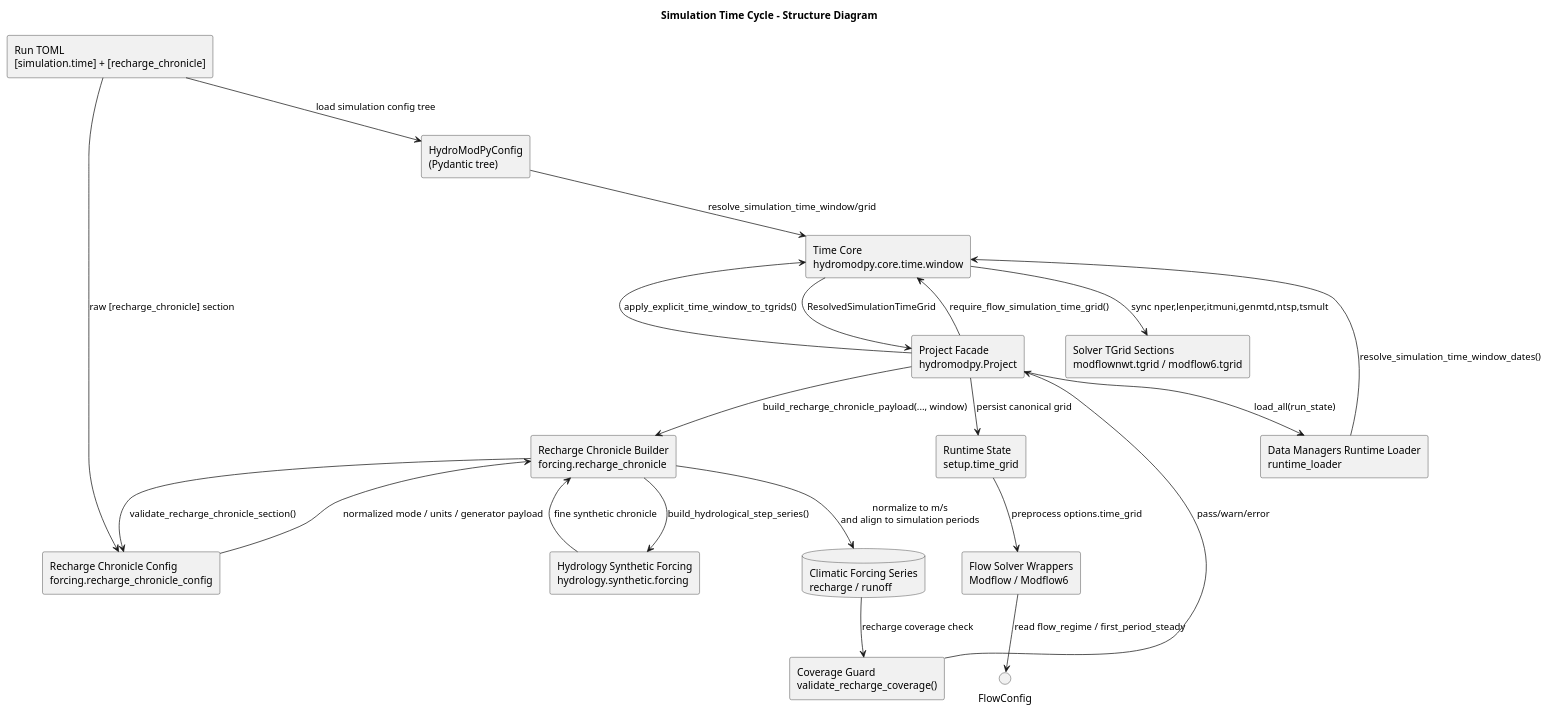
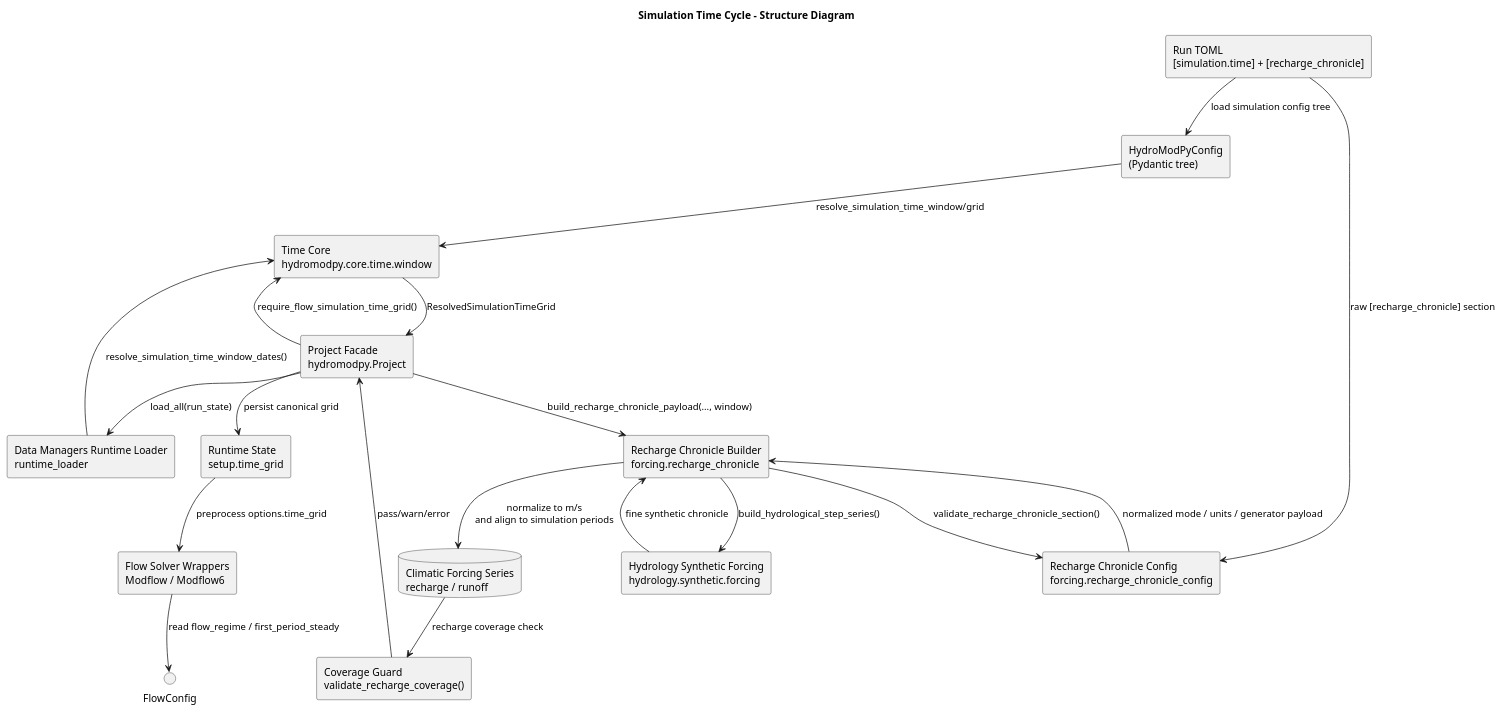
The diagram in docs/source/architecture/simulation/diagrams/simulation_time_cycle_structure.wsd (HydroModPy/HydroModPy), drawn with PlantUML before and after one commit. The commit also changed 48 other files, not shown here.

Commit message:
refactor(config): drop the modflownwt tgrid mirror from the schema

```diff
--- a/docs/source/architecture/simulation/diagrams/simulation_time_cycle_structure.wsd
+++ b/docs/source/architecture/simulation/diagrams/simulation_time_cycle_structure.wsd
@@ -1,44 +1,40 @@
 @startuml
 title Simulation Time Cycle - Structure Diagram
 skinparam componentStyle rectangle
 
 component "Run TOML\n[simulation.time] + [recharge_chronicle]" as RunToml
 component "HydroModPyConfig\n(Pydantic tree)" as TypedConfig
 component "Time Core\nhydromodpy.core.time.window" as TimeCore
 component "Project Facade\nhydromodpy.Project" as Project
 component "Runtime State\nsetup.time_grid" as RuntimeState
-component "Solver TGrid Sections\nmodflownwt.tgrid / modflow6.tgrid" as SolverTgrid
 component "Data Managers Runtime Loader\nruntime_loader" as DataLoader
 component "Recharge Chronicle Config\nforcing.recharge_chronicle_config" as RechargeConfig
 component "Recharge Chronicle Builder\nforcing.recharge_chronicle" as RechargeBuilder
 component "Hydrology Synthetic Forcing\nhydrology.synthetic.forcing" as HydroForcing
 component "Coverage Guard\nvalidate_recharge_coverage()" as CoverageGuard
 component "Flow Solver Wrappers\nModflow / Modflow6" as FlowSolvers
 database "Climatic Forcing Series\nrecharge / runoff" as ForcingSeries
 
 RunToml --> TypedConfig : load simulation config tree
 TypedConfig --> TimeCore : resolve_simulation_time_window/grid
 
 TimeCore --> Project : ResolvedSimulationTimeGrid
 Project --> TimeCore : require_flow_simulation_time_grid()
 Project --> RuntimeState : persist canonical grid
-
-Project --> TimeCore : apply_explicit_time_window_to_tgrids()
-TimeCore --> SolverTgrid : sync nper,lenper,itmuni,genmtd,ntsp,tsmult
 
 Project --> DataLoader : load_all(run_state)
 DataLoader --> TimeCore : resolve_simulation_time_window_dates()
 
 Project --> RechargeBuilder : build_recharge_chronicle_payload(..., window)
 RunToml --> RechargeConfig : raw [recharge_chronicle] section
 RechargeBuilder --> RechargeConfig : validate_recharge_chronicle_section()
 RechargeConfig --> RechargeBuilder : normalized mode / units / generator payload
 RechargeBuilder --> HydroForcing : build_hydrological_step_series()
 HydroForcing --> RechargeBuilder : fine synthetic chronicle
 RechargeBuilder --> ForcingSeries : normalize to m/s\nand align to simulation periods
 ForcingSeries --> CoverageGuard : recharge coverage check
 CoverageGuard --> Project : pass/warn/error
 
 RuntimeState --> FlowSolvers : preprocess options.time_grid
 FlowSolvers --> FlowConfig : read flow_regime / first_period_steady
 @enduml
```
